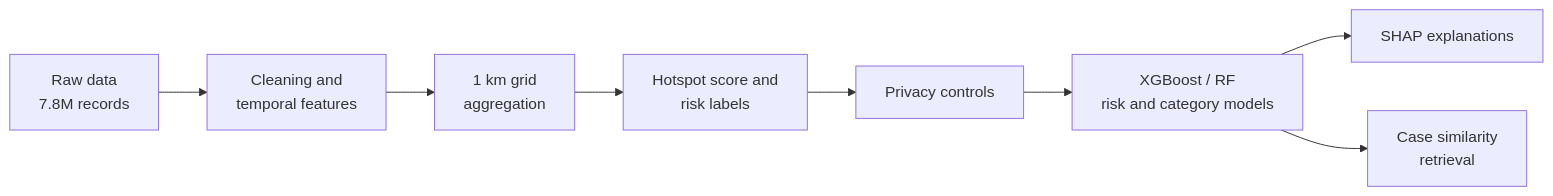
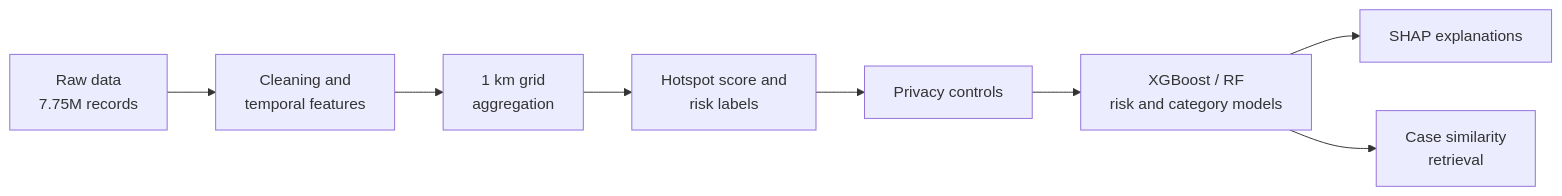
The diagram in README.md (khushigupttaa04/Interpretable-Crime-Risk-Assessment-System), drawn with Mermaid before and after one commit. The commit also changed other lines of this file, not shown here.

````diff
--- a/README.md
+++ b/README.md
@@ -7,10 +11,10 @@
 ```mermaid
 flowchart LR
-    A[Raw data<br/>7.8M records] --> B[Cleaning and<br/>temporal features]
+    A[Raw data<br/>7.75M records] --> B[Cleaning and<br/>temporal features]
     B --> C[1 km grid<br/>aggregation]
     C --> D[Hotspot score and<br/>risk labels]
     D --> E[Privacy controls]
     E --> F[XGBoost / RF<br/>risk and category models]
     F --> G[SHAP explanations]
     F --> H[Case similarity<br/>retrieval]
 ```
````
